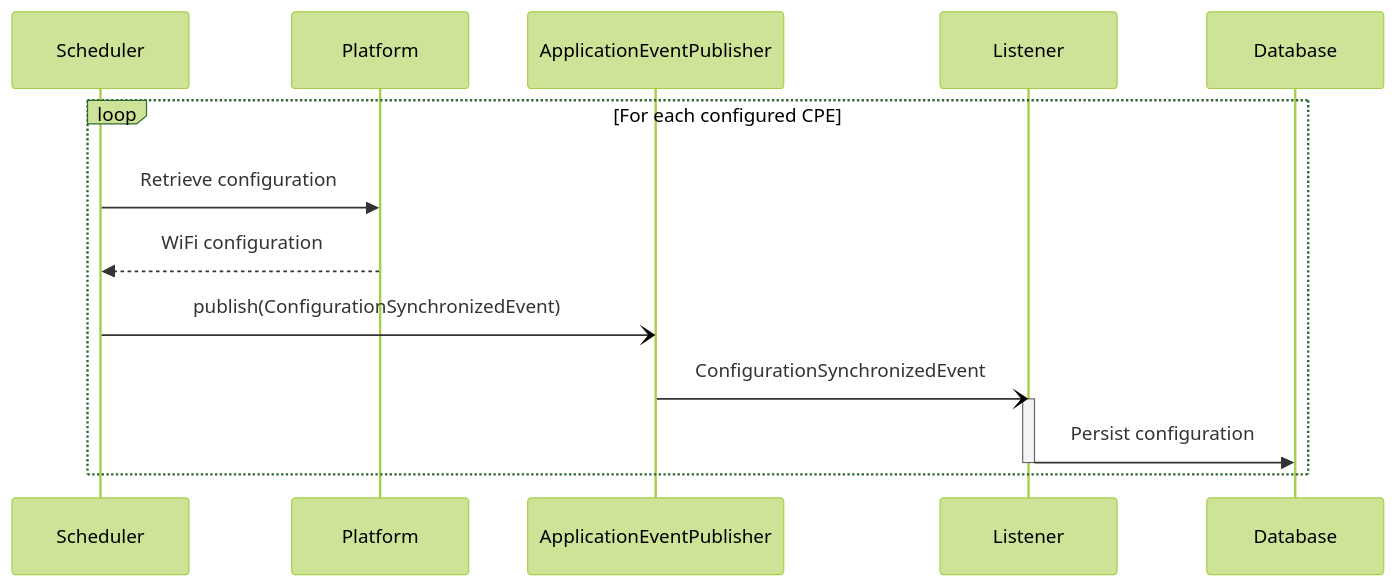
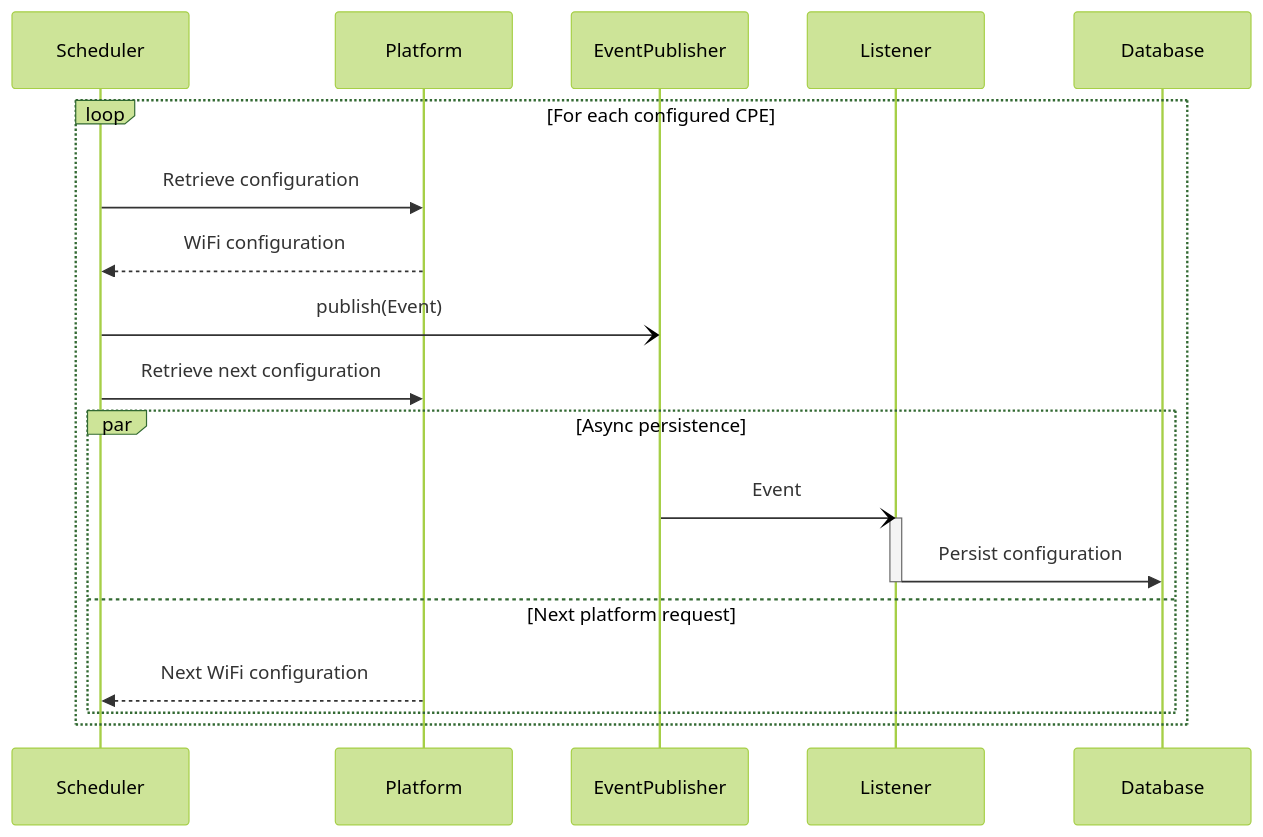
Before and after one commit to meowpow-png/wifi-admin: the first of 3 diagrams in docs/IMPLEMENTATION.md, drawn with Mermaid (forest theme). The commit also changed other lines of this file and 14 other files, not shown here.

Commit message:
Adopt event-driven persistence

````diff
--- a/docs/IMPLEMENTATION.md
+++ b/docs/IMPLEMENTATION.md
@@ -85,20 +85,25 @@
 ```mermaid
 sequenceDiagram
     participant Scheduler
     participant Platform
-    participant Publisher as ApplicationEventPublisher
+    participant Publisher as EventPublisher
     participant Listener
     participant Database
 
     loop For each configured CPE
         Scheduler->>Platform: Retrieve configuration
         Platform-->>Scheduler: WiFi configuration
 
-        Scheduler-)Publisher: publish(ConfigurationSynchronizedEvent)
+        Scheduler-)Publisher: publish(Event)
+        Scheduler->>Platform: Retrieve next configuration
 
-        Publisher-)Listener: ConfigurationSynchronizedEvent
-        activate Listener
-        Listener->>Database: Persist configuration
-        deactivate Listener
+        par Async persistence
+            Publisher-)Listener: Event
+            activate Listener
+            Listener->>Database: Persist configuration
+            deactivate Listener
+        and Next platform request
+            Platform-->>Scheduler: Next WiFi configuration
+        end
     end
 ```
````
